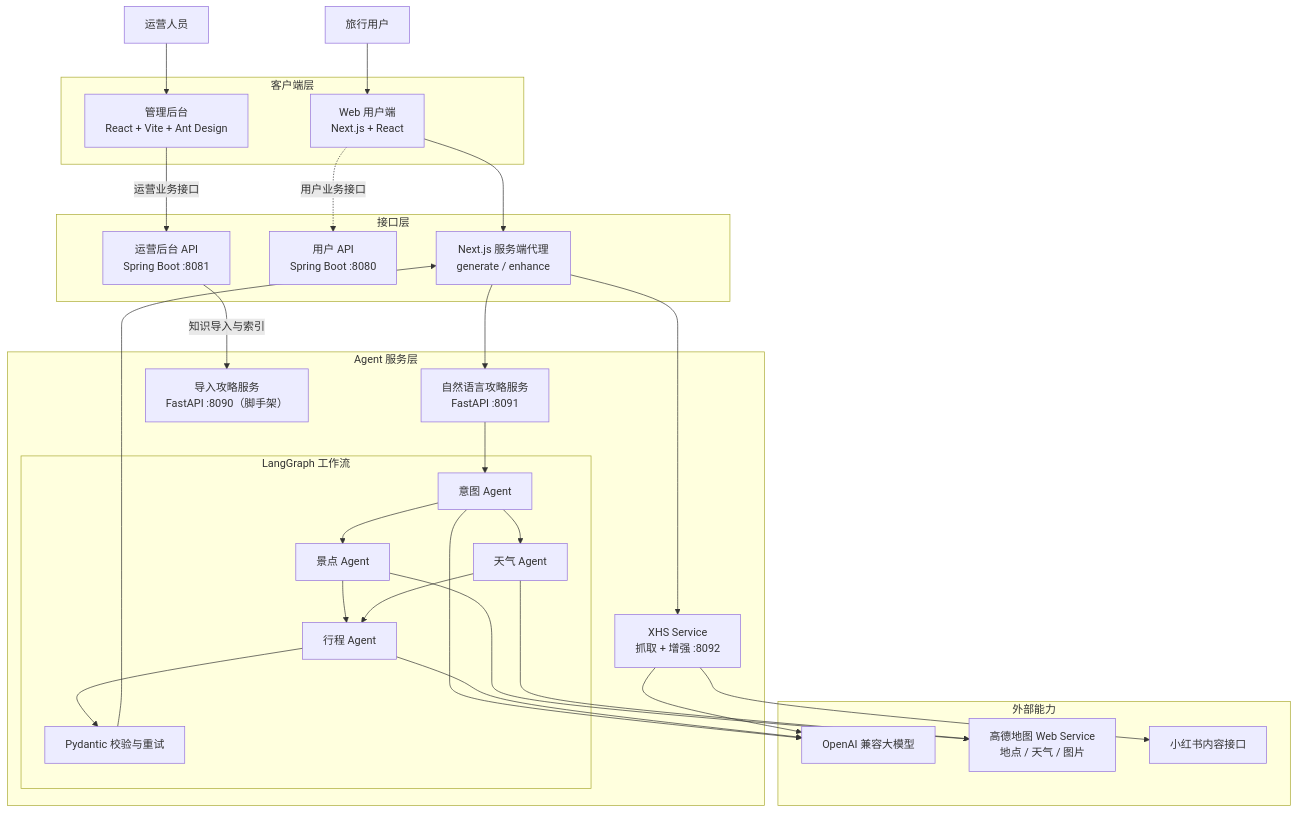
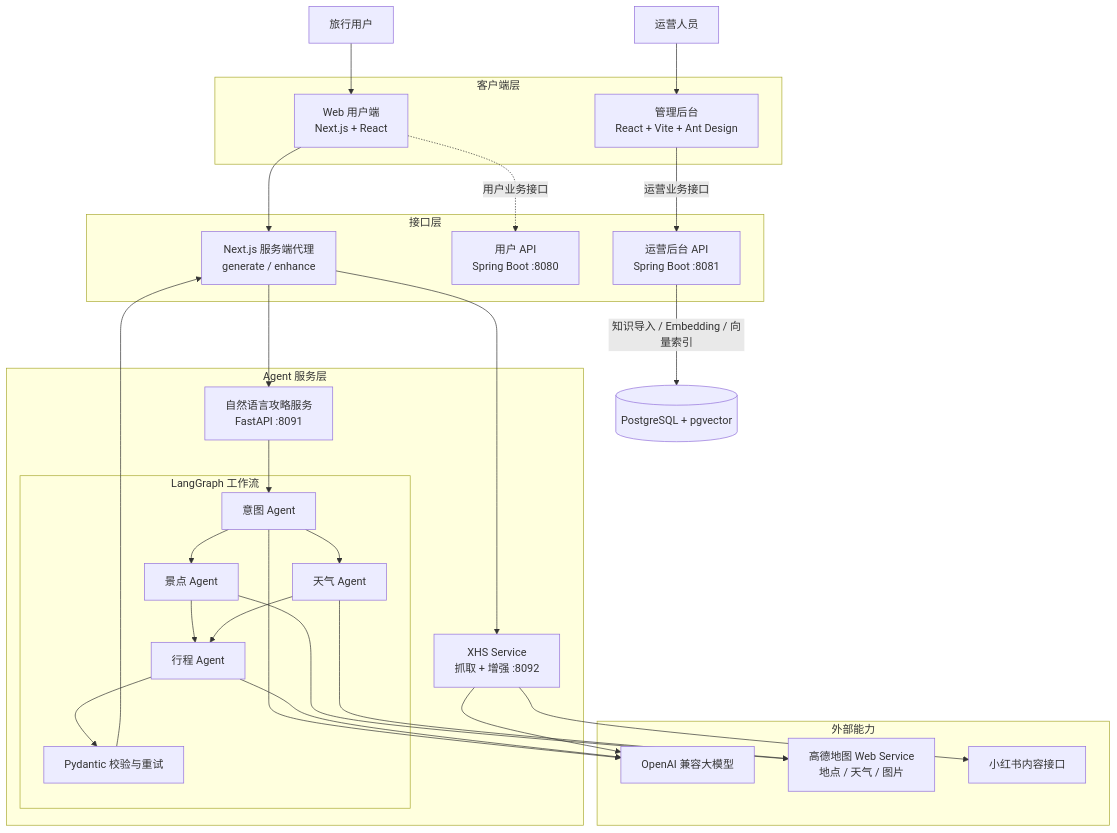
Before and after one commit to coderbruis/PinTrip: the first of 3 diagrams in README.md, drawn with Mermaid. The commit also changed other lines of this file and 13 other files, not shown here.

````diff
--- a/README.md
+++ b/README.md
@@ -41,59 +41,58 @@
 ```mermaid
 flowchart TB
     USER["旅行用户"]
     OPERATOR["运营人员"]
     subgraph Client["客户端层"]
         WEB["Web 用户端<br/>Next.js + React"]
         ADMIN["管理后台<br/>React + Vite + Ant Design"]
     end
 
     subgraph Gateway["接口层"]
         WEB_API["Next.js 服务端代理<br/>generate / enhance"]
         USER_API["用户 API<br/>Spring Boot :8080"]
         ADMIN_API["运营后台 API<br/>Spring Boot :8081"]
     end
 
     subgraph AgentServices["Agent 服务层"]
         NATURAL["自然语言攻略服务<br/>FastAPI :8091"]
         XHS_AGENT["XHS Service<br/>抓取 + 增强 :8092"]
-        IMPORT["导入攻略服务<br/>FastAPI :8090（脚手架）"]
 
         subgraph Workflow["LangGraph 工作流"]
             INTENT["意图 Agent"]
             ATTRACTION["景点 Agent"]
             WEATHER["天气 Agent"]
             ITINERARY["行程 Agent"]
             VALIDATE["Pydantic 校验与重试"]
         end
     end
 
     subgraph External["外部能力"]
         LLM["OpenAI 兼容大模型"]
         AMAP["高德地图 Web Service<br/>地点 / 天气 / 图片"]
         XHS["小红书内容接口"]
     end
 
     USER --> WEB
     WEB --> WEB_API
     WEB_API --> NATURAL
     WEB_API --> XHS_AGENT
     NATURAL --> INTENT
     INTENT --> ATTRACTION
     INTENT --> WEATHER
     ATTRACTION --> ITINERARY
     WEATHER --> ITINERARY
     ITINERARY --> VALIDATE
     VALIDATE --> WEB_API
 
     INTENT --> LLM
     ITINERARY --> LLM
     XHS_AGENT --> LLM
     XHS_AGENT --> XHS
     ATTRACTION --> AMAP
     WEATHER --> AMAP
 
     OPERATOR --> ADMIN
     WEB -.->|用户业务接口| USER_API
     ADMIN -->|运营业务接口| ADMIN_API
-    ADMIN_API -->|知识导入与索引| IMPORT
+    ADMIN_API -->|知识导入 / Embedding / 向量索引| PG[(PostgreSQL + pgvector)]
 ```
````
